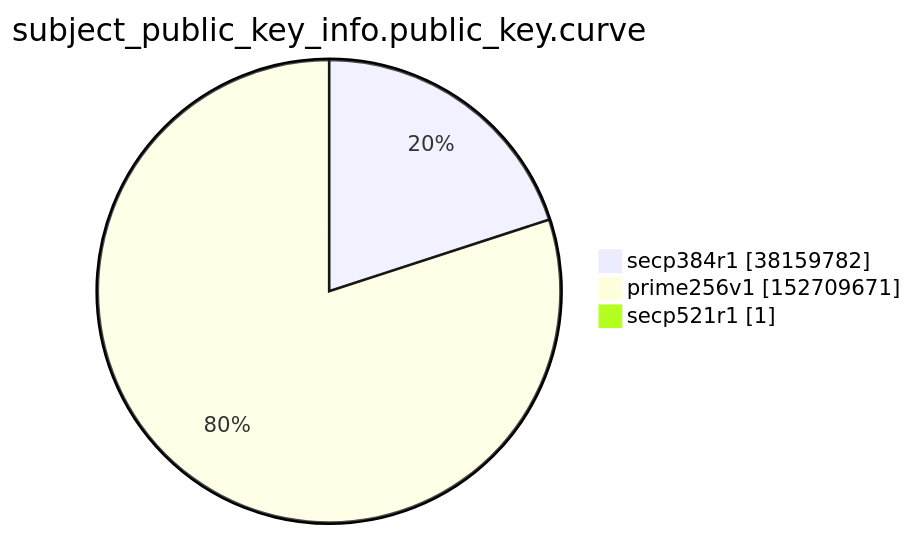
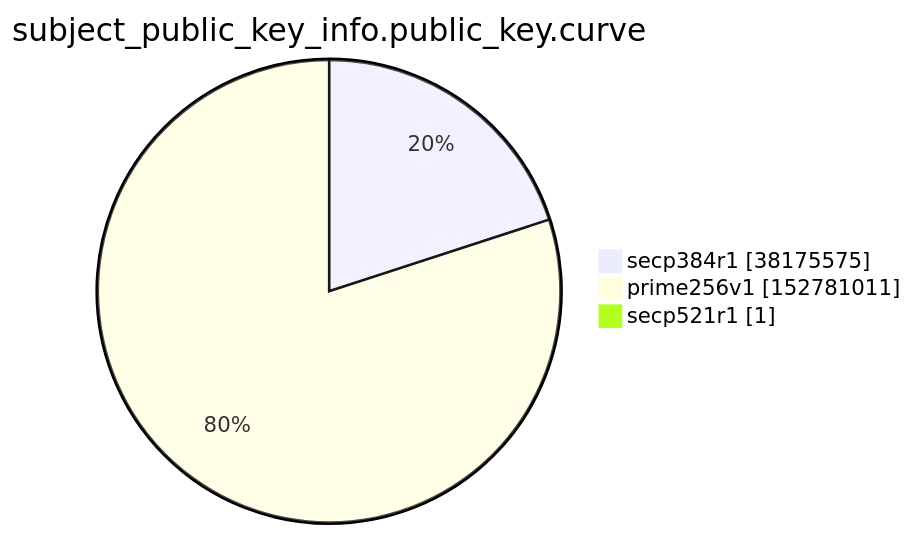
The ninth of 15 diagrams in xenon2022/README.md (christiankrug/ctmonitor_visualization), drawn with Mermaid before and after one commit. The commit also changed other lines of this file, not shown here.

````diff
--- a/xenon2022/README.md
+++ b/xenon2022/README.md
@@ -2860,7 +2860,7 @@
 ```mermaid
 pie showData
 title subject_public_key_info.public_key.curve
-"secp384r1" :38159782
-"prime256v1" :152709671
+"secp384r1" :38175575
+"prime256v1" :152781011
 "secp521r1" :1
 ```
````
